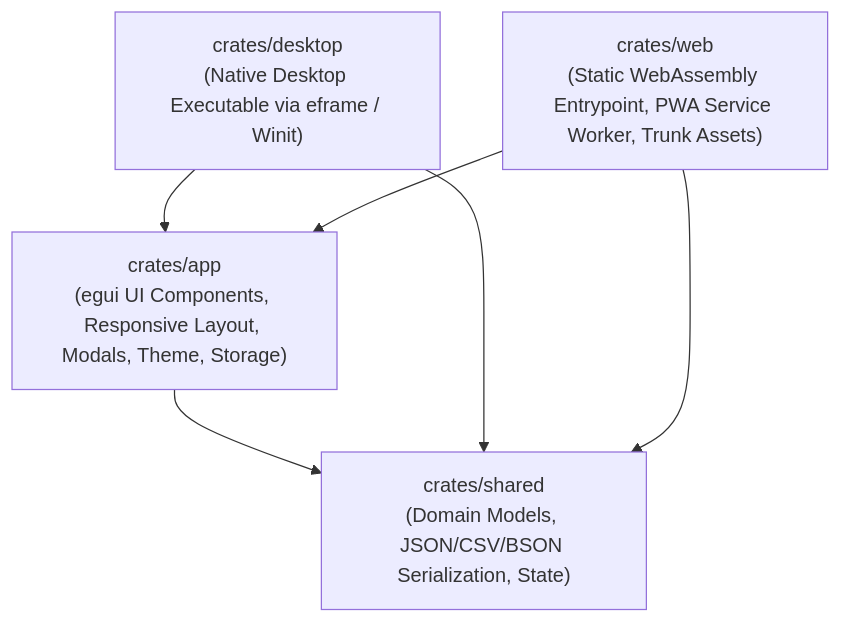
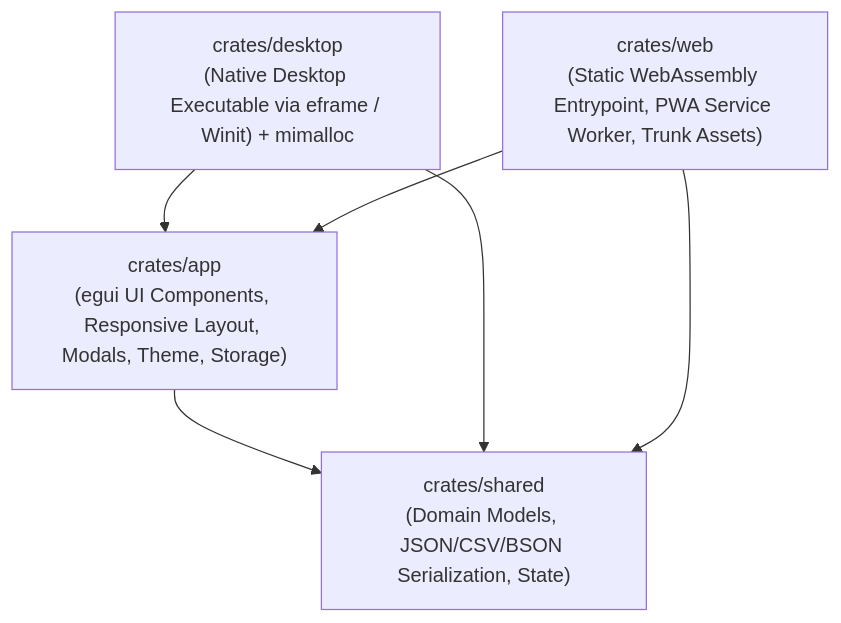
One commit to Spodeian/efficient-egui-template changed the diagram in README.md. Above: the diagram before and after it, drawn with Mermaid.

Commit message:
Audit templates: Document mimalloc features

````diff
--- a/README.md
+++ b/README.md
@@ -20,13 +20,13 @@
 ```mermaid
 graph TD
     Shared["crates/shared<br/>(Domain Models, JSON/CSV/BSON Serialization, State)"]
     App["crates/app<br/>(egui UI Components, Responsive Layout, Modals, Theme, Storage)"]
-    Desktop["crates/desktop<br/>(Native Desktop Executable via eframe / Winit)"]
+    Desktop["crates/desktop<br/>(Native Desktop Executable via eframe / Winit) + mimalloc"]
     Web["crates/web<br/>(Static WebAssembly Entrypoint, PWA Service Worker, Trunk Assets)"]
 
     App --> Shared
     Desktop --> App
     Desktop --> Shared
     Web --> App
     Web --> Shared
 ```
````
